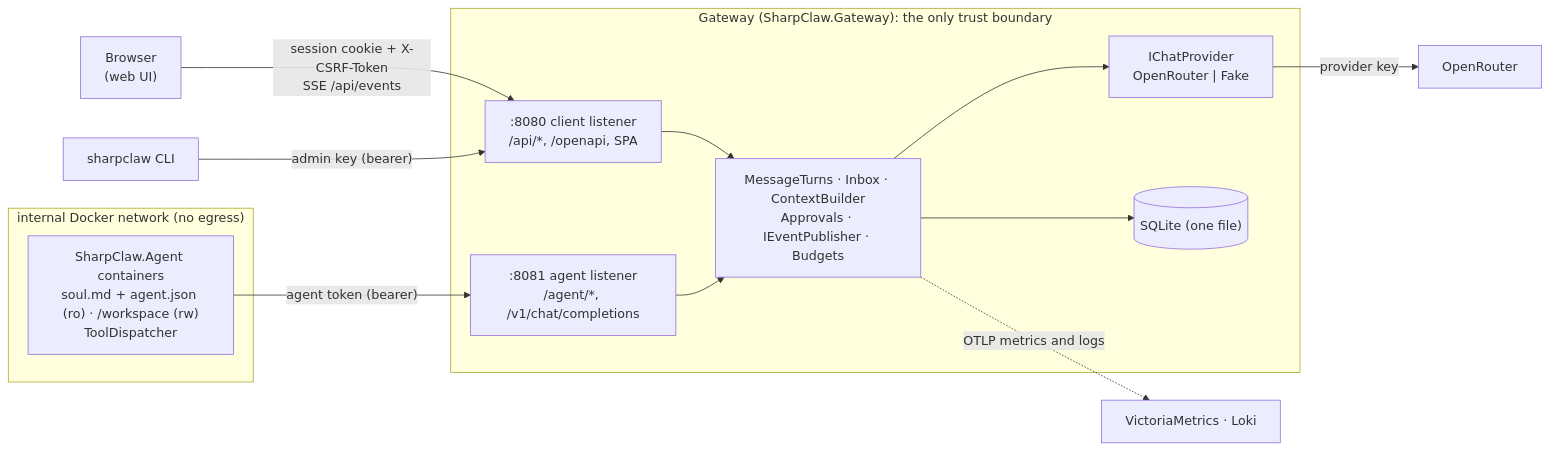
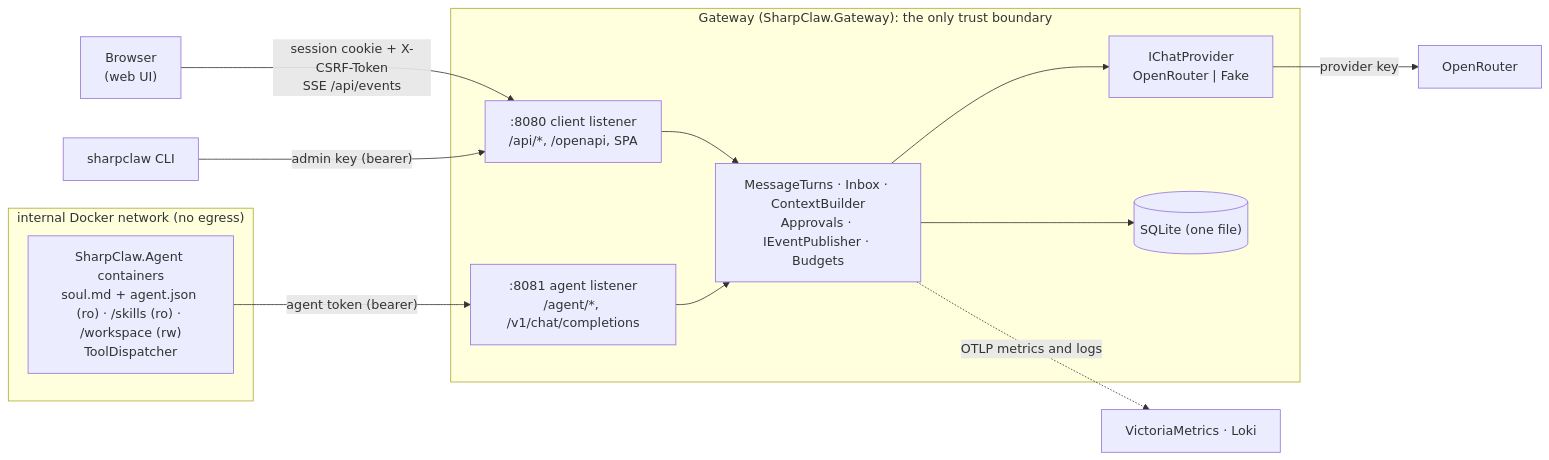
The first of 2 diagrams in docs/architecture.md (kjhughes097/sharpclaw), drawn with Mermaid before and after one commit. The commit also changed other lines of this file and 4 other files, not shown here.

First line of the commit message:
feat(ui): skills section on the agent page

````diff
--- a/docs/architecture.md
+++ b/docs/architecture.md
@@ -14,27 +14,27 @@
 ```mermaid
 flowchart LR
   browser["Browser<br/>(web UI)"]
   cli["sharpclaw CLI"]
 
   subgraph gateway["Gateway (SharpClaw.Gateway): the only trust boundary"]
     client[":8080 client listener<br/>/api/*, /openapi, SPA"]
     agentl[":8081 agent listener<br/>/agent/*, /v1/chat/completions"]
     services["MessageTurns · Inbox · ContextBuilder<br/>Approvals · IEventPublisher · Budgets"]
     providers["IChatProvider<br/>OpenRouter | Fake"]
     db[("SQLite (one file)")]
   end
 
   subgraph internal["internal Docker network (no egress)"]
-    agents["SharpClaw.Agent containers<br/>soul.md + agent.json (ro) · /workspace (rw)<br/>ToolDispatcher"]
+    agents["SharpClaw.Agent containers<br/>soul.md + agent.json (ro) · /skills (ro) · /workspace (rw)<br/>ToolDispatcher"]
   end
 
   browser -- "session cookie + X-CSRF-Token<br/>SSE /api/events" --> client
   cli -- "admin key (bearer)" --> client
   agents -- "agent token (bearer)" --> agentl
   client --> services
   agentl --> services
   services --> db
   services --> providers
   providers -- "provider key" --> openrouter["OpenRouter"]
   services -. "OTLP metrics and logs" .-> otel["VictoriaMetrics · Loki"]
 ```
````
